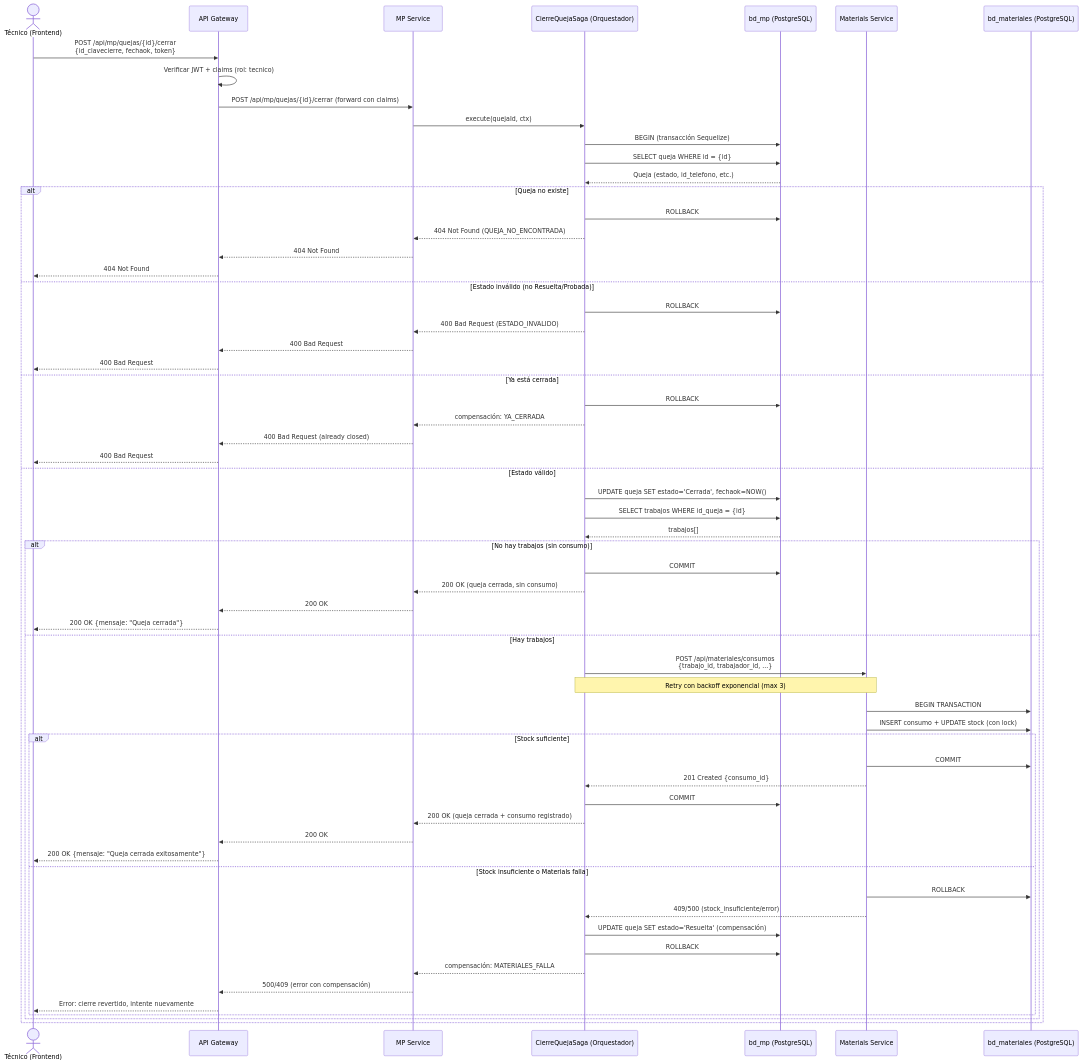
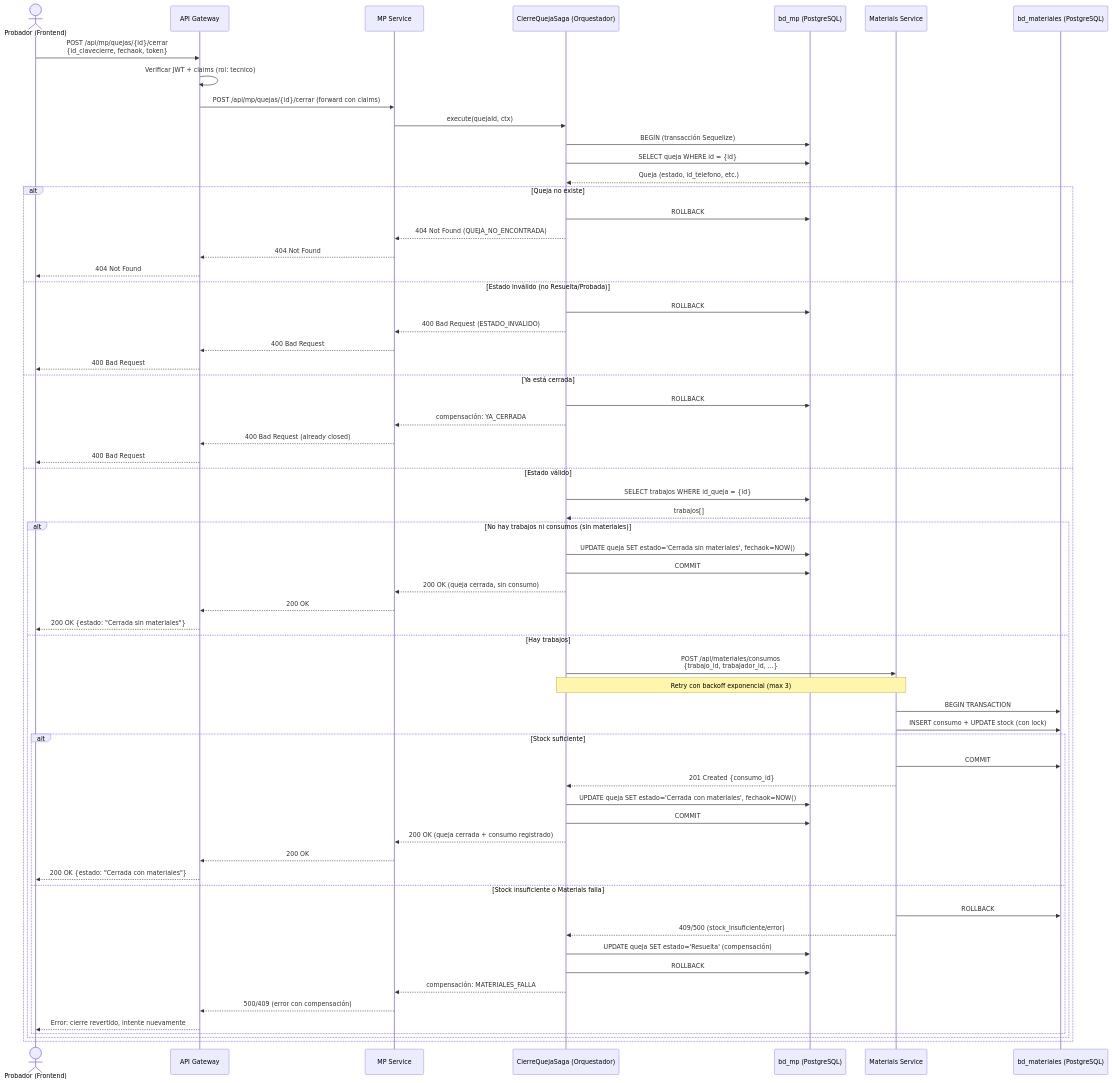
Before and after one commit to ybotet/SISGAD5_1.0: the sixth of 7 diagrams in docs/diagrams/sequence_diagrams/sequence_diagrams.md, drawn with Mermaid. The commit also changed other lines of this file, not shown here.

Commit message:
docs(diagrams): v2.2 roles corregidos (Probador/Supervisor), estados Cerrada con/sin materiales, orden FSM tras prueba

````diff
--- a/docs/diagrams/sequence_diagrams/sequence_diagrams.md
+++ b/docs/diagrams/sequence_diagrams/sequence_diagrams.md
@@ -343,67 +368,68 @@
 ```mermaid
 sequenceDiagram
-    actor TE as Técnico (Frontend)
+    actor PRb as Probador (Frontend)
     participant GW as API Gateway
     participant MPS as MP Service
     participant SAGA as CierreQuejaSaga (Orquestador)
     participant MPDB as bd_mp (PostgreSQL)
     participant MS as Materials Service
     participant MADB as bd_materiales (PostgreSQL)
 
-    TE->>GW: POST /api/mp/quejas/{id}/cerrar<br/>{id_clavecierre, fechaok, token}
+    PRb->>GW: POST /api/mp/quejas/{id}/cerrar<br/>{id_clavecierre, fechaok, token}
     GW->>GW: Verificar JWT + claims (rol: tecnico)
     GW->>MPS: POST /api/mp/quejas/{id}/cerrar (forward con claims)
     MPS->>SAGA: execute(quejaId, ctx)
 
     SAGA->>MPDB: BEGIN (transacción Sequelize)
     SAGA->>MPDB: SELECT queja WHERE id = {id}
     MPDB-->>SAGA: Queja (estado, id_telefono, etc.)
 
     alt Queja no existe
         SAGA->>MPDB: ROLLBACK
         SAGA-->>MPS: 404 Not Found (QUEJA_NO_ENCONTRADA)
         MPS-->>GW: 404 Not Found
-        GW-->>TE: 404 Not Found
+        GW-->>PRb: 404 Not Found
     else Estado inválido (no Resuelta/Probada)
         SAGA->>MPDB: ROLLBACK
         SAGA-->>MPS: 400 Bad Request (ESTADO_INVALIDO)
         MPS-->>GW: 400 Bad Request
-        GW-->>TE: 400 Bad Request
+        GW-->>PRb: 400 Bad Request
     else Ya está cerrada
         SAGA->>MPDB: ROLLBACK
         SAGA-->>MPS: compensación: YA_CERRADA
         MPS-->>GW: 400 Bad Request (already closed)
-        GW-->>TE: 400 Bad Request
+        GW-->>PRb: 400 Bad Request
     else Estado válido
-        SAGA->>MPDB: UPDATE queja SET estado='Cerrada', fechaok=NOW()
         SAGA->>MPDB: SELECT trabajos WHERE id_queja = {id}
         MPDB-->>SAGA: trabajos[]
-        alt No hay trabajos (sin consumo)
+        alt No hay trabajos ni consumos (sin materiales)
+            SAGA->>MPDB: UPDATE queja SET estado='Cerrada sin materiales', fechaok=NOW()
             SAGA->>MPDB: COMMIT
             SAGA-->>MPS: 200 OK (queja cerrada, sin consumo)
             MPS-->>GW: 200 OK
-            GW-->>TE: 200 OK {mensaje: "Queja cerrada"}
+            GW-->>PRb: 200 OK {estado: "Cerrada sin materiales"}
         else Hay trabajos
             SAGA->>MS: POST /api/materiales/consumos<br/>{trabajo_id, trabajador_id, ...}
             Note over SAGA,MS: Retry con backoff exponencial (max 3)
             MS->>MADB: BEGIN TRANSACTION
             MS->>MADB: INSERT consumo + UPDATE stock (con lock)
             alt Stock suficiente
                 MS->>MADB: COMMIT
                 MS-->>SAGA: 201 Created {consumo_id}
+                SAGA->>MPDB: UPDATE queja SET estado='Cerrada con materiales', fechaok=NOW()
                 SAGA->>MPDB: COMMIT
                 SAGA-->>MPS: 200 OK (queja cerrada + consumo registrado)
                 MPS-->>GW: 200 OK
-                GW-->>TE: 200 OK {mensaje: "Queja cerrada exitosamente"}
+                GW-->>PRb: 200 OK {estado: "Cerrada con materiales"}
             else Stock insuficiente o Materials falla
                 MS->>MADB: ROLLBACK
                 MS-->>SAGA: 409/500 (stock_insuficiente/error)
                 SAGA->>MPDB: UPDATE queja SET estado='Resuelta' (compensación)
                 SAGA->>MPDB: ROLLBACK
                 SAGA-->>MPS: compensación: MATERIALES_FALLA
                 MPS-->>GW: 500/409 (error con compensación)
-                GW-->>TE: Error: cierre revertido, intente nuevamente
+                GW-->>PRb: Error: cierre revertido, intente nuevamente
             end
         end
     end
 ```
````
